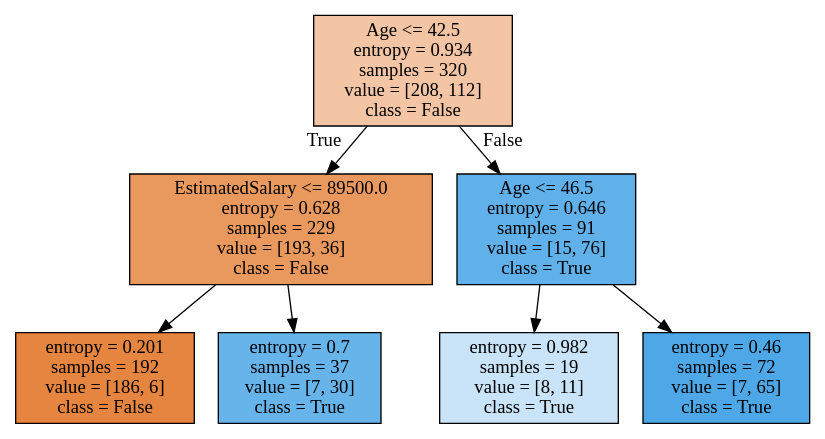
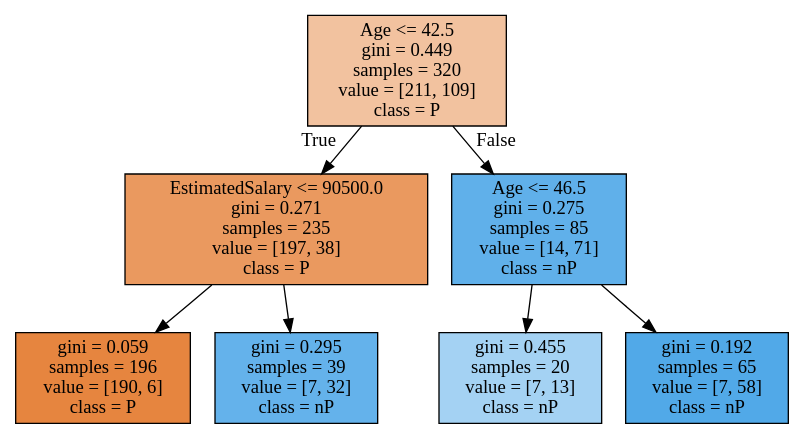
One commit to mohamad-qodosi/utech-summer-school-99-Machine-Learning changed the diagram in Notebooks/Decision_Tree/DT.dot. Above: the diagram before and after it, drawn with Graphviz. The commit also changed 14 other files, not shown here.

```diff
--- a/Notebooks/Decision_Tree/DT.dot
+++ b/Notebooks/Decision_Tree/DT.dot
@@ -1,16 +1,16 @@
 digraph Tree {
 node [shape=box, style="filled", color="black"] ;
-0 [label="Age <= 42.5\nentropy = 0.934\nsamples = 320\nvalue = [208, 112]\nclass = False", fillcolor="#f3c5a4"] ;
-1 [label="EstimatedSalary <= 89500.0\nentropy = 0.628\nsamples = 229\nvalue = [193, 36]\nclass = False", fillcolor="#ea995e"] ;
+0 [label="Age <= 42.5\ngini = 0.449\nsamples = 320\nvalue = [211, 109]\nclass = P", fillcolor="#f2c29f"] ;
+1 [label="EstimatedSalary <= 90500.0\ngini = 0.271\nsamples = 235\nvalue = [197, 38]\nclass = P", fillcolor="#ea995f"] ;
 0 -> 1 [labeldistance=2.5, labelangle=45, headlabel="True"] ;
-2 [label="entropy = 0.201\nsamples = 192\nvalue = [186, 6]\nclass = False", fillcolor="#e6853f"] ;
+2 [label="gini = 0.059\nsamples = 196\nvalue = [190, 6]\nclass = P", fillcolor="#e6853f"] ;
 1 -> 2 ;
-3 [label="entropy = 0.7\nsamples = 37\nvalue = [7, 30]\nclass = True", fillcolor="#67b4eb"] ;
+3 [label="gini = 0.295\nsamples = 39\nvalue = [7, 32]\nclass = nP", fillcolor="#64b2eb"] ;
 1 -> 3 ;
-4 [label="Age <= 46.5\nentropy = 0.646\nsamples = 91\nvalue = [15, 76]\nclass = True", fillcolor="#60b0ea"] ;
+4 [label="Age <= 46.5\ngini = 0.275\nsamples = 85\nvalue = [14, 71]\nclass = nP", fillcolor="#60b0ea"] ;
 0 -> 4 [labeldistance=2.5, labelangle=-45, headlabel="False"] ;
-5 [label="entropy = 0.982\nsamples = 19\nvalue = [8, 11]\nclass = True", fillcolor="#c9e4f8"] ;
+5 [label="gini = 0.455\nsamples = 20\nvalue = [7, 13]\nclass = nP", fillcolor="#a4d2f3"] ;
 4 -> 5 ;
-6 [label="entropy = 0.46\nsamples = 72\nvalue = [7, 65]\nclass = True", fillcolor="#4ea8e8"] ;
+6 [label="gini = 0.192\nsamples = 65\nvalue = [7, 58]\nclass = nP", fillcolor="#51a9e8"] ;
 4 -> 6 ;
 }
```
